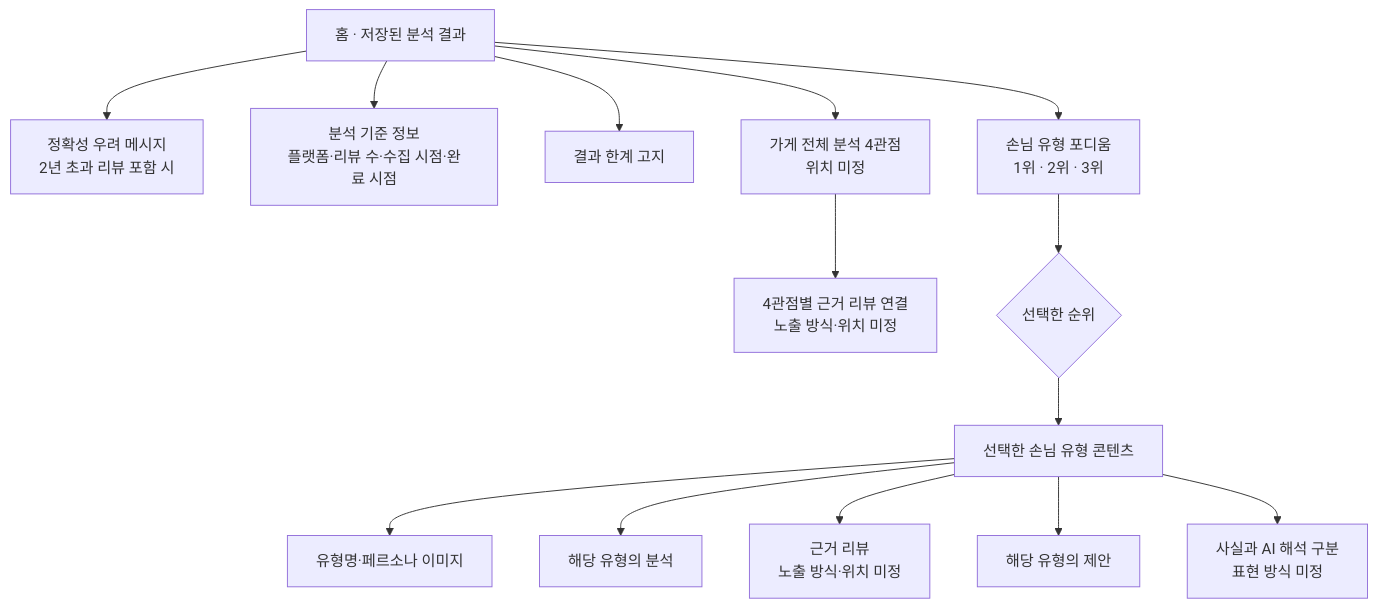
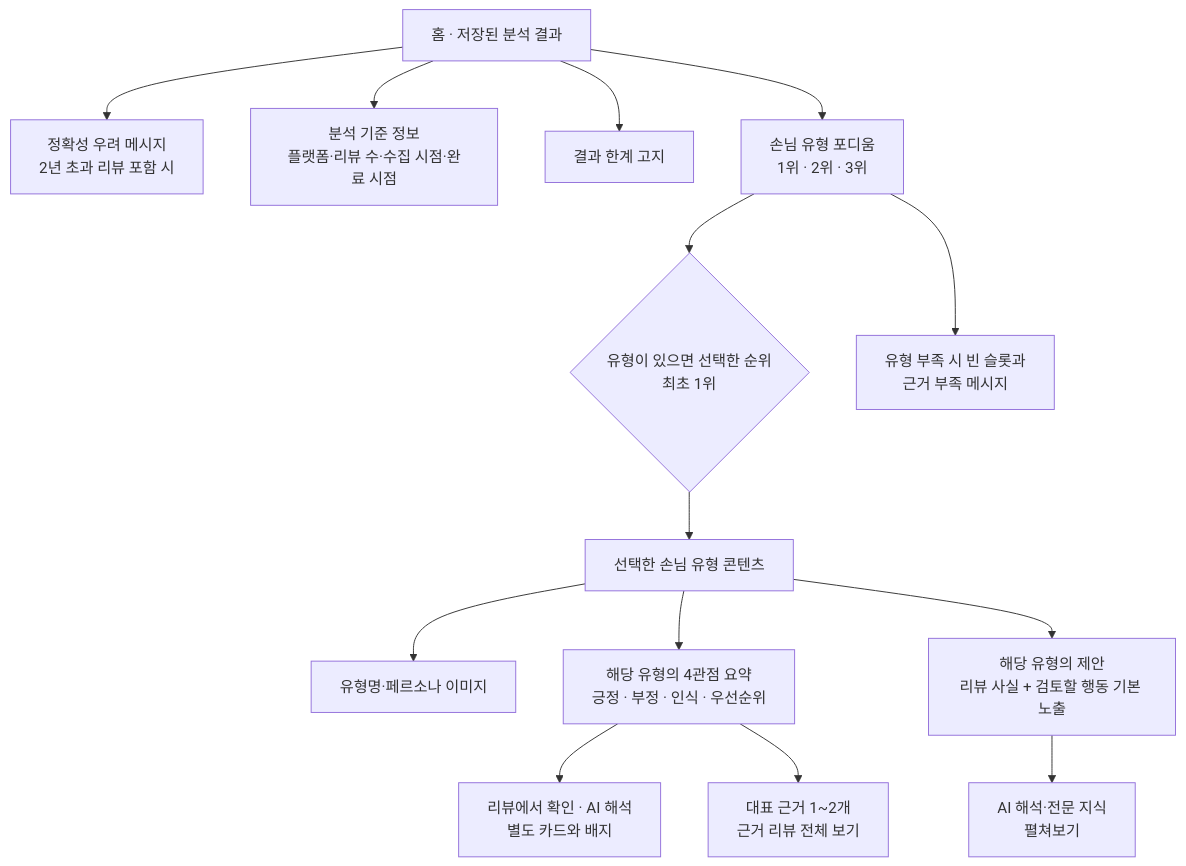
The second of 2 diagrams in docs/product/requirements/RESULT_IA.md (SKUnohtaekyung/PULSE_SCC), drawn with Mermaid before and after one commit. The commit also changed other lines of this file and 4 other files, not shown here.

````diff
--- a/docs/product/requirements/RESULT_IA.md
+++ b/docs/product/requirements/RESULT_IA.md
@@ -65,16 +65,16 @@
 ```mermaid
 flowchart TD
     H[홈 · 저장된 분석 결과] --> W[정확성 우려 메시지<br/>2년 초과 리뷰 포함 시]
     H --> M[분석 기준 정보<br/>플랫폼·리뷰 수·수집 시점·완료 시점]
     H --> L[결과 한계 고지]
-    H --> S[가게 전체 분석 4관점<br/>위치 미정]
-    S --> SE[4관점별 근거 리뷰 연결<br/>노출 방식·위치 미정]
     H --> P[손님 유형 포디움<br/>1위 · 2위 · 3위]
-    P --> T{선택한 순위}
+    P --> T{유형이 있으면 선택한 순위<br/>최초 1위}
+    P --> E[유형 부족 시 빈 슬롯과<br/>근거 부족 메시지]
     T --> C[선택한 손님 유형 콘텐츠]
     C --> I[유형명·페르소나 이미지]
-    C --> A[해당 유형의 분석]
-    C --> R[근거 리뷰<br/>노출 방식·위치 미정]
-    C --> G[해당 유형의 제안]
-    C --> F[사실과 AI 해석 구분<br/>표현 방식 미정]
+    C --> A[해당 유형의 4관점 요약<br/>긍정 · 부정 · 인식 · 우선순위]
+    A --> F[리뷰에서 확인 · AI 해석<br/>별도 카드와 배지]
+    A --> R[대표 근거 1~2개<br/>근거 리뷰 전체 보기]
+    C --> G[해당 유형의 제안<br/>리뷰 사실 + 검토할 행동 기본 노출]
+    G --> GX[AI 해석·전문 지식<br/>펼쳐보기]
 ```
````
